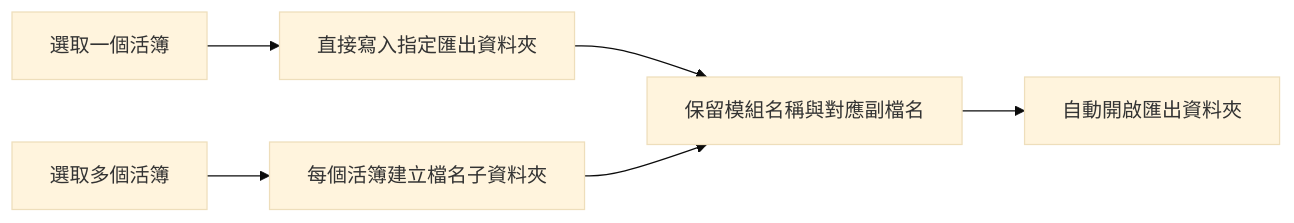
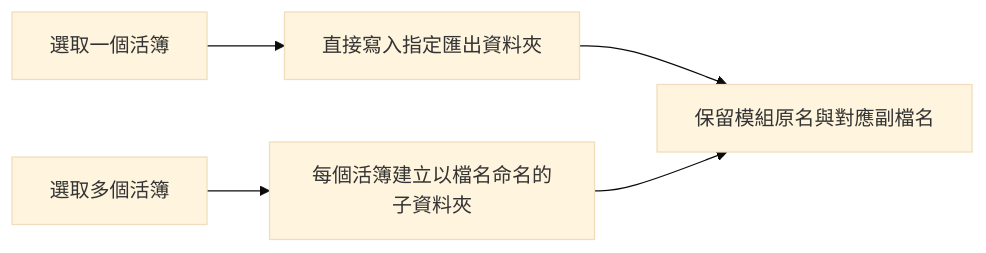
Before and after one commit to DunkLiao/vba-exporter: the second of 4 diagrams in README.md, drawn with Mermaid (base theme). The commit also changed other lines of this file, not shown here.

First line of the commit message:
Rewrite README as a user manual with Mermaid flowcharts

````diff
--- a/README.md
+++ b/README.md
@@ -71,8 +106,7 @@
 ```mermaid
 flowchart LR
     A[選取一個活簿] --> B[直接寫入指定匯出資料夾]
-    C[選取多個活簿] --> D[每個活簿建立檔名子資料夾]
-    B --> E[保留模組名稱與對應副檔名]
+    C[選取多個活簿] --> D[每個活簿建立以檔名命名的子資料夾]
+    B --> E[保留模組原名與對應副檔名]
     D --> E
-    E --> F[自動開啟匯出資料夾]
 ```
````
